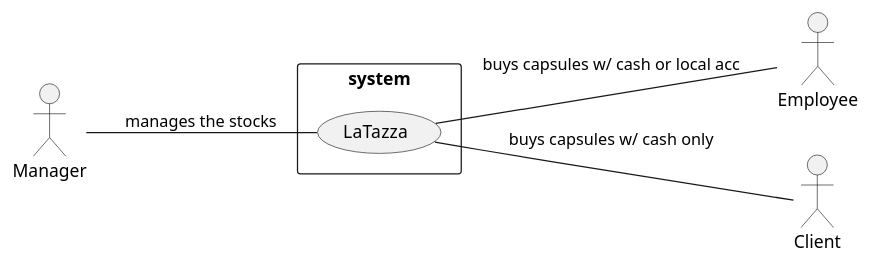
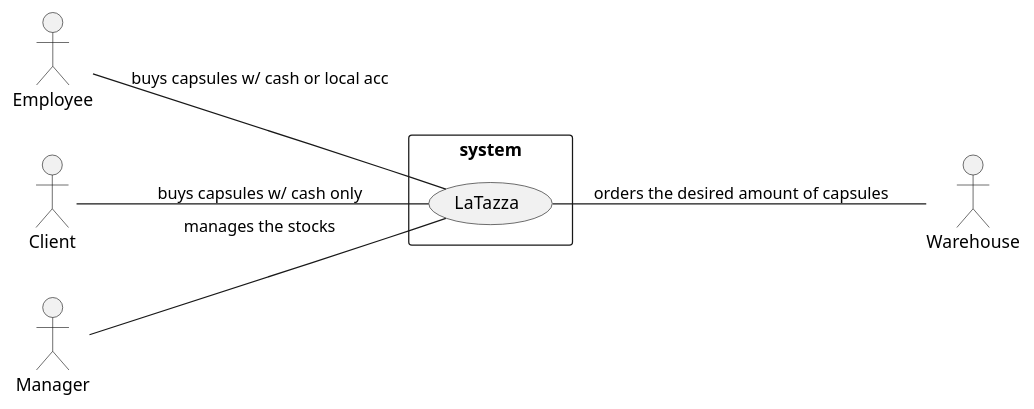
The diagram in templates/RequirementsTemplate.md (DarkSee/LaTazza), drawn with PlantUML before and after one commit.

````diff
--- a/templates/RequirementsTemplate.md
+++ b/templates/RequirementsTemplate.md
@@ -41,15 +41,17 @@
 ```plantuml
 left to right direction
 skinparam packageStyle rectangle
 
 actor Employee as E
 actor Client as C
 actor Manager as M
+actor Warehouse as W
 
 rectangle system {
   (LaTazza) as LT
    M -- LT : "manages the stocks"
-   LT -- E : "buys capsules w/ cash or local acc"
-   LT -- C : "buys capsules w/ cash only"
+   E -- LT : "buys capsules w/ cash or local acc"
+   C -- LT : "buys capsules w/ cash only"
+   LT -- W : "orders the desired amount of capsules"
 }
 ```
````
